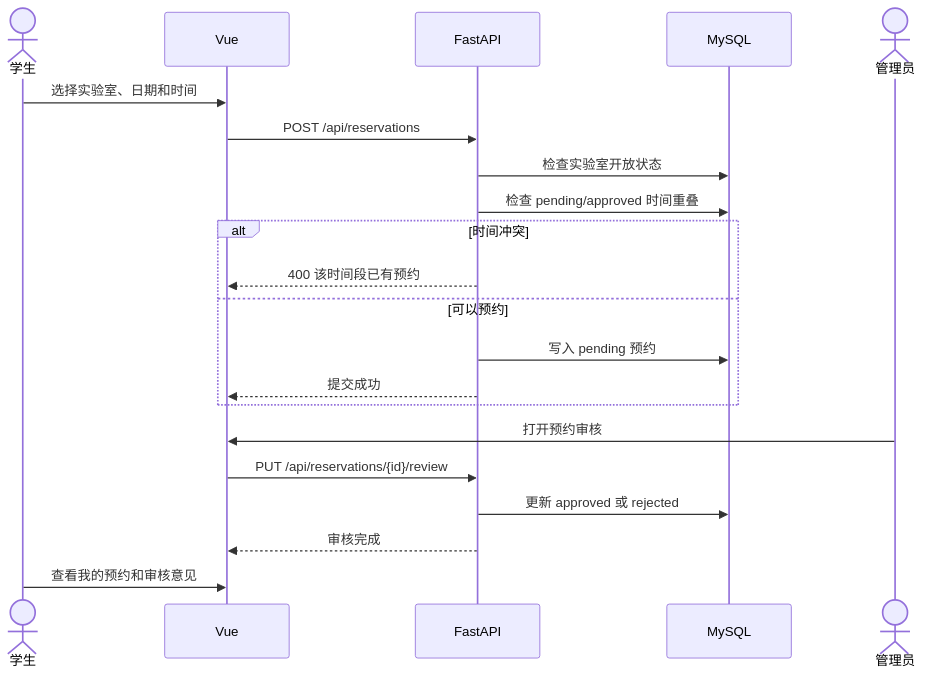
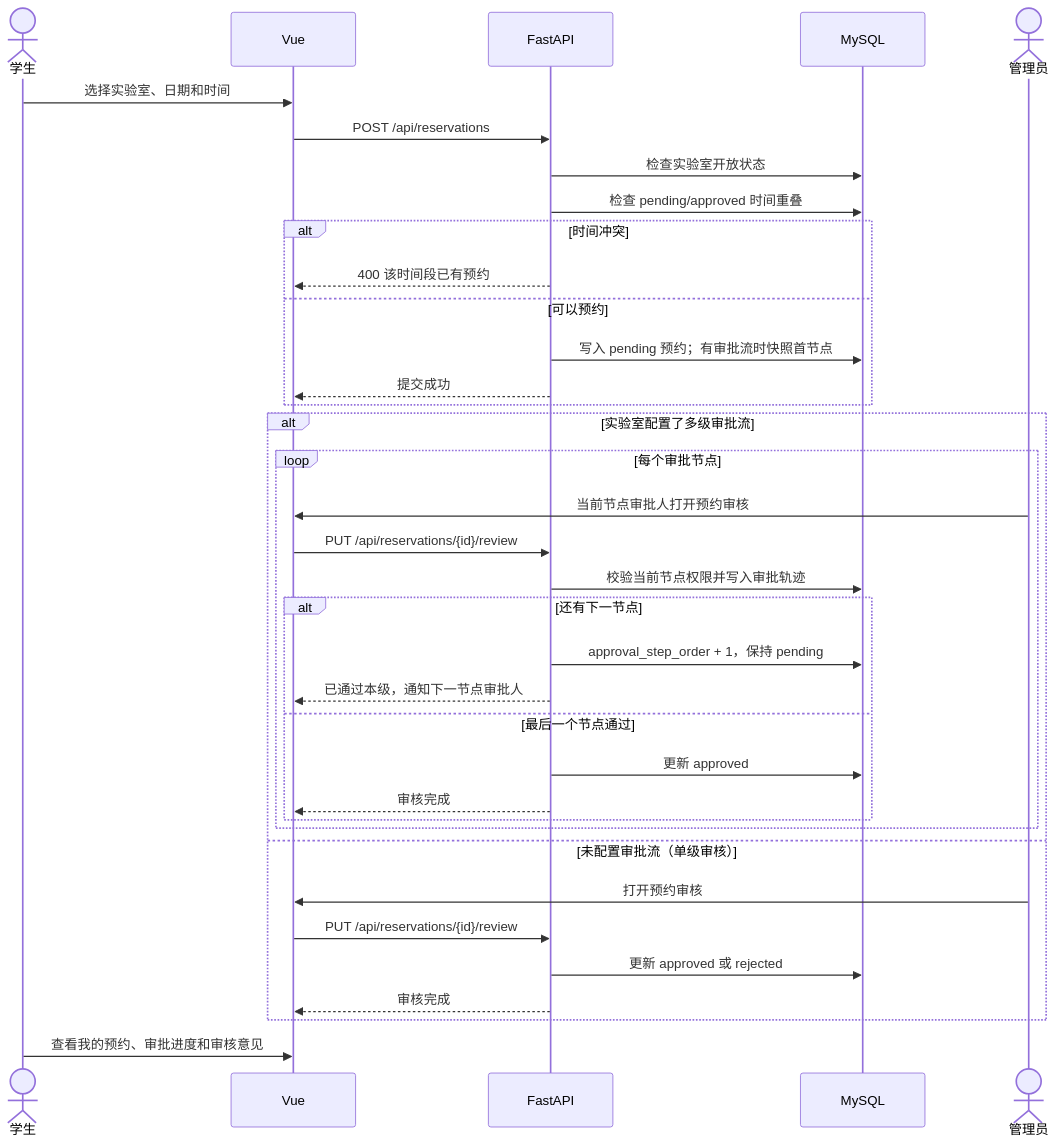
Before and after one commit to mike1344/lab-agent: the fourth of 5 diagrams in ARCHITECTURE.md, drawn with Mermaid. The commit also changed other lines of this file and 28 other files, not shown here.

````diff
--- a/ARCHITECTURE.md
+++ b/ARCHITECTURE.md
@@ -92,25 +92,40 @@
 ```mermaid
 sequenceDiagram
     actor Student as 学生
     participant Web as Vue
     participant API as FastAPI
     participant DB as MySQL
     actor Admin as 管理员
 
     Student->>Web: 选择实验室、日期和时间
     Web->>API: POST /api/reservations
     API->>DB: 检查实验室开放状态
     API->>DB: 检查 pending/approved 时间重叠
     alt 时间冲突
         API-->>Web: 400 该时间段已有预约
     else 可以预约
-        API->>DB: 写入 pending 预约
+        API->>DB: 写入 pending 预约；有审批流时快照首节点
         API-->>Web: 提交成功
     end
 
-    Admin->>Web: 打开预约审核
-    Web->>API: PUT /api/reservations/{id}/review
-    API->>DB: 更新 approved 或 rejected
-    API-->>Web: 审核完成
-    Student->>Web: 查看我的预约和审核意见
+    alt 实验室配置了多级审批流
+        loop 每个审批节点
+            Admin->>Web: 当前节点审批人打开预约审核
+            Web->>API: PUT /api/reservations/{id}/review
+            API->>DB: 校验当前节点权限并写入审批轨迹
+            alt 还有下一节点
+                API->>DB: approval_step_order + 1，保持 pending
+                API-->>Web: 已通过本级，通知下一节点审批人
+            else 最后一个节点通过
+                API->>DB: 更新 approved
+                API-->>Web: 审核完成
+            end
+        end
+    else 未配置审批流（单级审核）
+        Admin->>Web: 打开预约审核
+        Web->>API: PUT /api/reservations/{id}/review
+        API->>DB: 更新 approved 或 rejected
+        API-->>Web: 审核完成
+    end
+    Student->>Web: 查看我的预约、审批进度和审核意见
 ```
````
